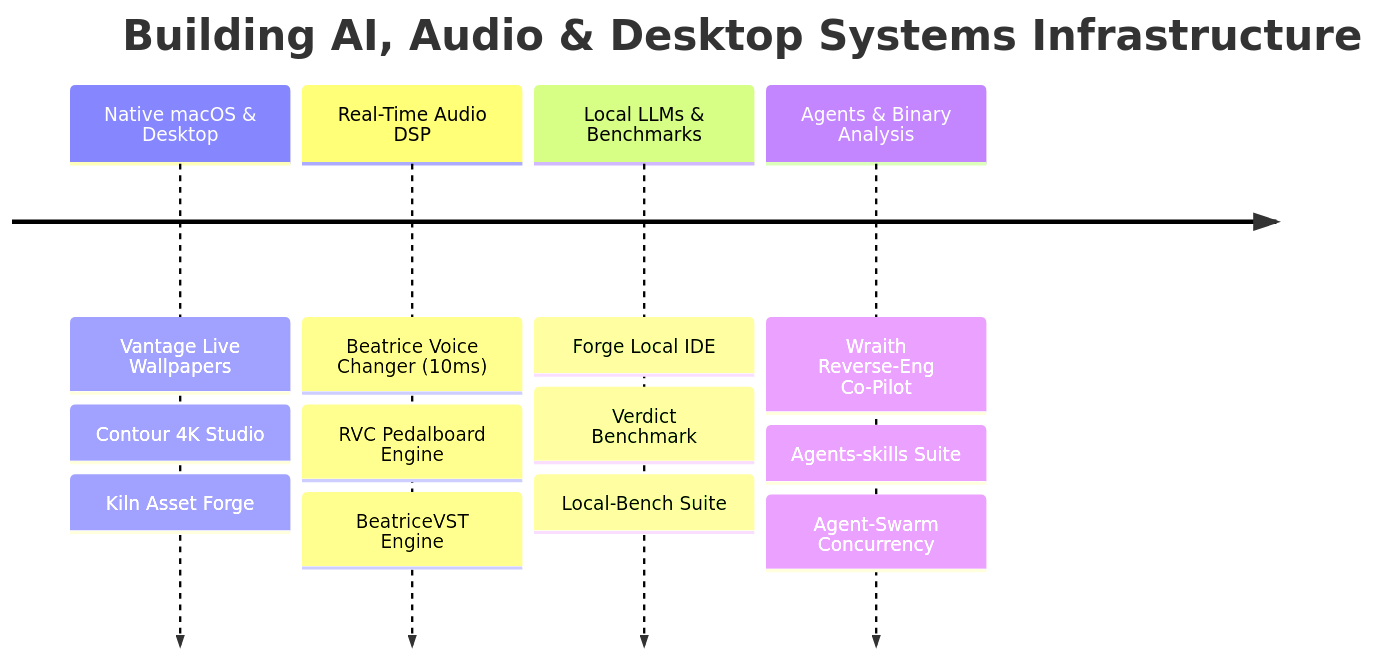
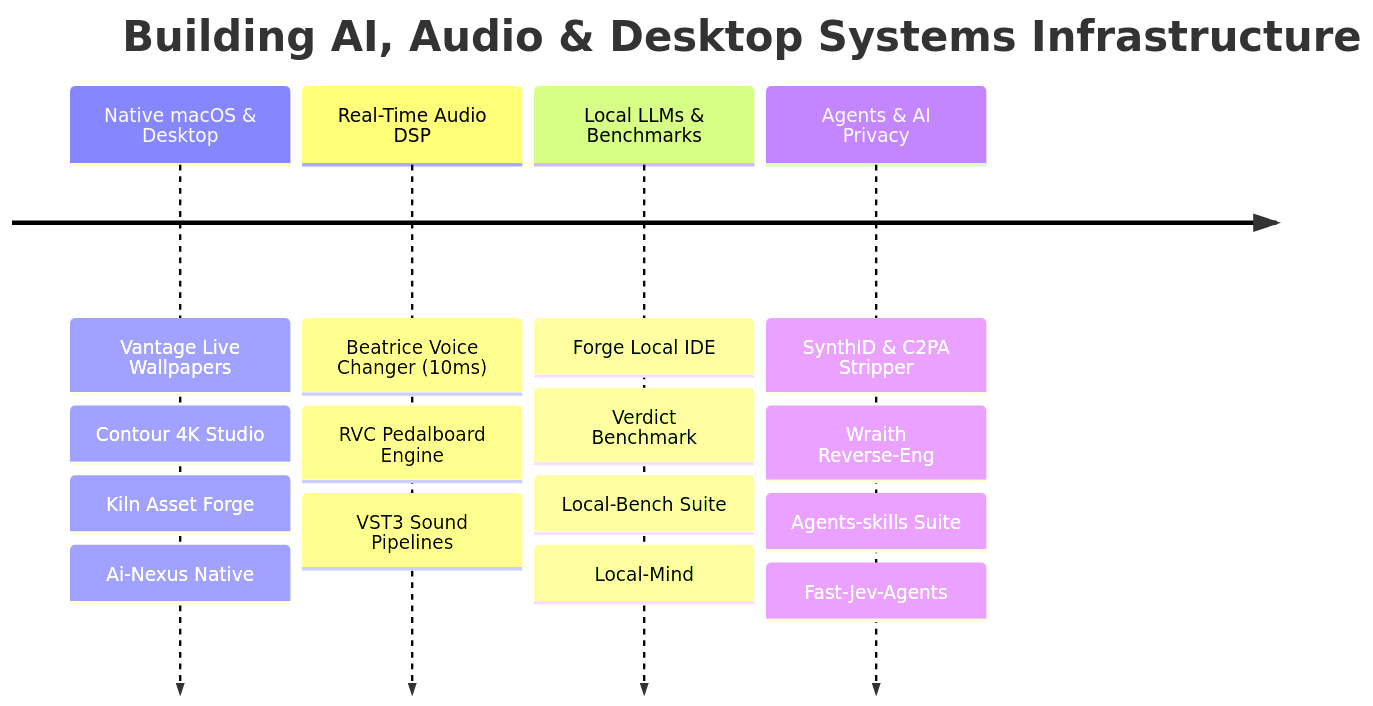
Before and after one commit to satiricalguru/satiricalguru: the diagram in README.md, drawn with Mermaid. The commit also changed other lines of this file, not shown here.

Commit message:
Update README to 2026 standards: accurate repo data, live stats, and official achievements

````diff
--- a/README.md
+++ b/README.md
@@ -39,8 +40,8 @@
 ```mermaid
 timeline
     title Building AI, Audio & Desktop Systems Infrastructure
-    Native macOS & Desktop : Vantage Live Wallpapers : Contour 4K Studio : Kiln Asset Forge
-    Real-Time Audio DSP : Beatrice Voice Changer (10ms) : RVC Pedalboard Engine : BeatriceVST Engine
-    Local LLMs & Benchmarks : Forge Local IDE : Verdict Benchmark : Local-Bench Suite
-    Agents & Binary Analysis : Wraith Reverse-Eng Co-Pilot : Agents-skills Suite : Agent-Swarm Concurrency
+    Native macOS & Desktop : Vantage Live Wallpapers : Contour 4K Studio : Kiln Asset Forge : Ai-Nexus Native
+    Real-Time Audio DSP : Beatrice Voice Changer (10ms) : RVC Pedalboard Engine : VST3 Sound Pipelines
+    Local LLMs & Benchmarks : Forge Local IDE : Verdict Benchmark : Local-Bench Suite : Local-Mind
+    Agents & AI Privacy : SynthID & C2PA Stripper : Wraith Reverse-Eng : Agents-skills Suite : Fast-Jev-Agents
 ```
````
